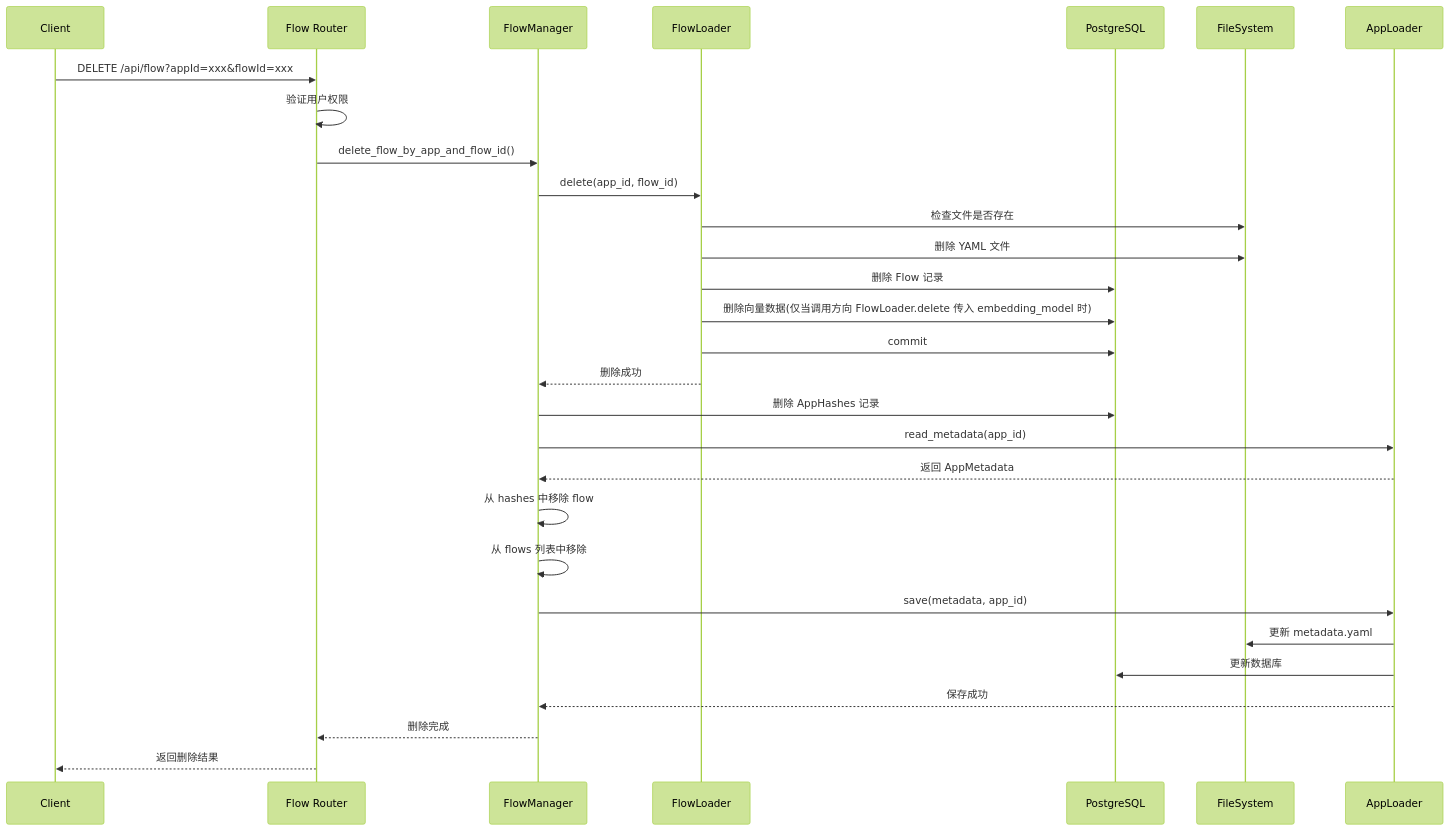
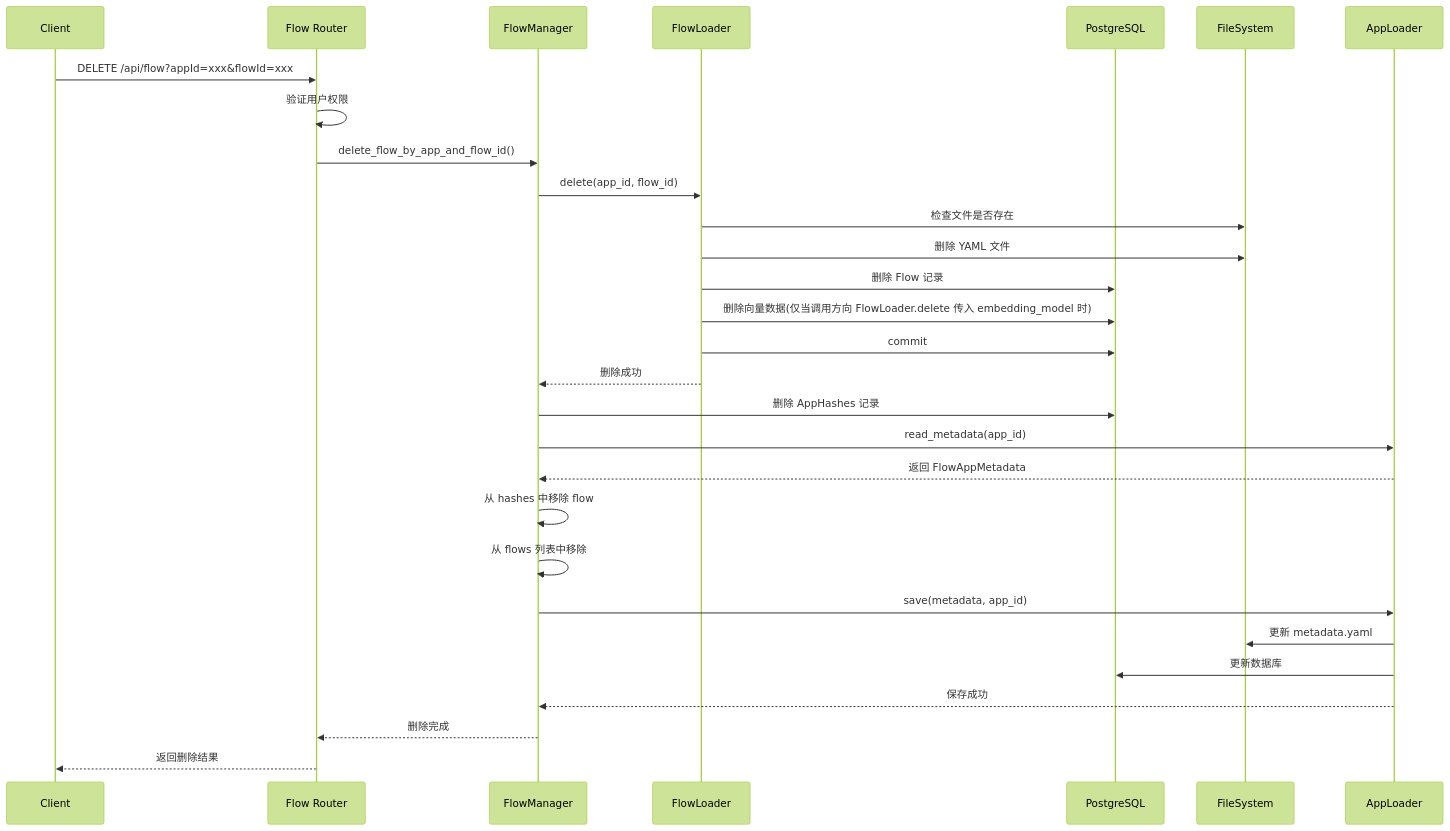
Before and after one commit to openeuler-mirror/euler-copilot-framework: the sixth of 9 diagrams in design/services/flow.md, drawn with Mermaid (forest theme). The commit also changed 17 other files, not shown here.

````diff
--- a/design/services/flow.md
+++ b/design/services/flow.md
@@ -260,35 +260,35 @@
 ```mermaid
 sequenceDiagram
     participant Client
     participant API as Flow Router
     participant FM as FlowManager
     participant FL as FlowLoader
     participant DB as PostgreSQL
     participant FS as FileSystem
     participant AL as AppLoader
 
     Client->>API: DELETE /api/flow?appId=xxx&flowId=xxx
     API->>API: 验证用户权限
     API->>FM: delete_flow_by_app_and_flow_id()
 
     FM->>FL: delete(app_id, flow_id)
     FL->>FS: 检查文件是否存在
     FL->>FS: 删除 YAML 文件
     FL->>DB: 删除 Flow 记录
     FL->>DB: 删除向量数据(仅当调用方向 FlowLoader.delete 传入 embedding_model 时)
     FL->>DB: commit
     FL-->>FM: 删除成功
 
     FM->>DB: 删除 AppHashes 记录
     FM->>AL: read_metadata(app_id)
-    AL-->>FM: 返回 AppMetadata
+    AL-->>FM: 返回 FlowAppMetadata
     FM->>FM: 从 hashes 中移除 flow
     FM->>FM: 从 flows 列表中移除
     FM->>AL: save(metadata, app_id)
     AL->>FS: 更新 metadata.yaml
     AL->>DB: 更新数据库
     AL-->>FM: 保存成功
 
     FM-->>API: 删除完成
     API-->>Client: 返回删除结果
 ```
````
